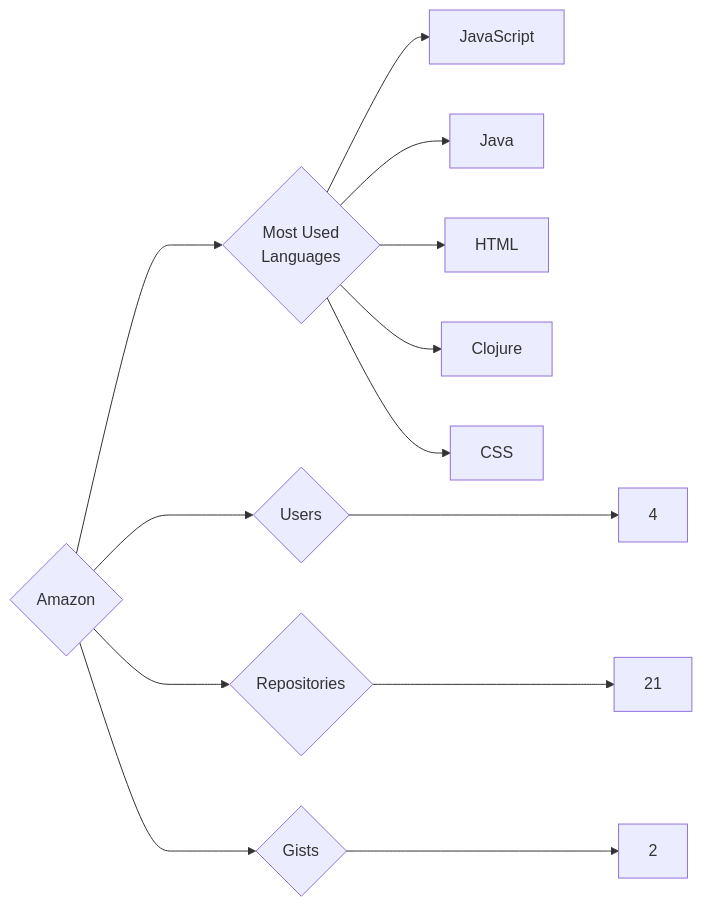
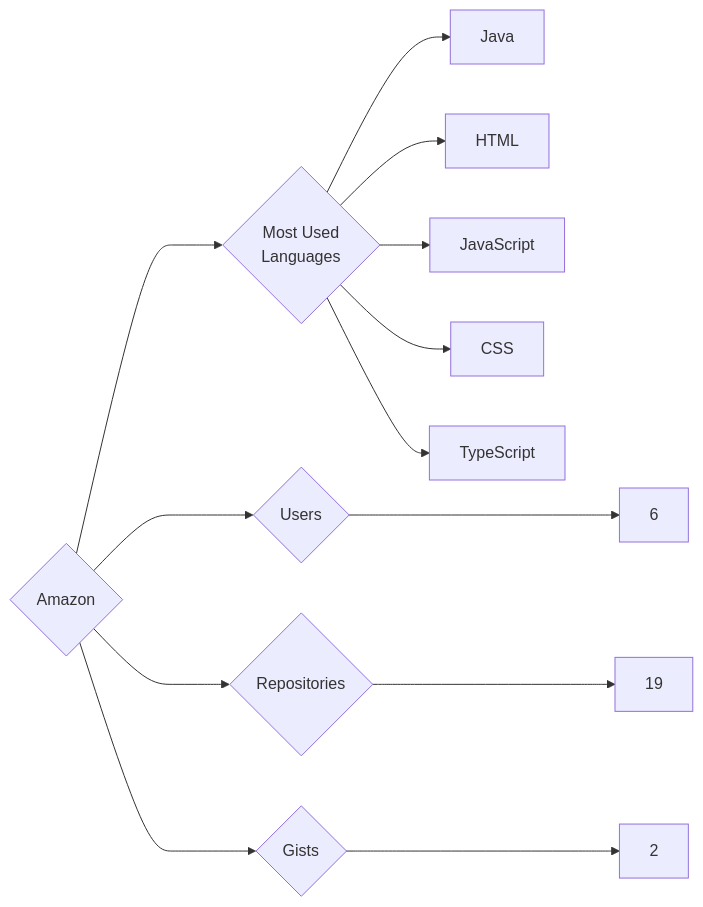
The diagram in targets/Amazon/README.md (trickest/insiders), drawn with Mermaid before and after one commit. The commit also changed 993 other files, not shown here.

````diff
--- a/targets/Amazon/README.md
+++ b/targets/Amazon/README.md
@@ -3,13 +3,13 @@
 ```mermaid
 graph LR
 COMPANY_NAME{Amazon}
-COMPANY_NAME ---> U{Users} ---> UN[4]
-COMPANY_NAME ---> R{Repositories} ---> RN[21]
+COMPANY_NAME ---> U{Users} ---> UN[6]
+COMPANY_NAME ---> R{Repositories} ---> RN[19]
 COMPANY_NAME ---> G{Gists} ---> GN[2]
 COMPANY_NAME ---> ML{Most Used<br>Languages}
-ML --> JavaScript[JavaScript]
 ML --> Java[Java]
 ML --> HTML[HTML]
-ML --> Clojure[Clojure]
+ML --> JavaScript[JavaScript]
 ML --> CSS[CSS]
+ML --> TypeScript[TypeScript]
 ```
````
